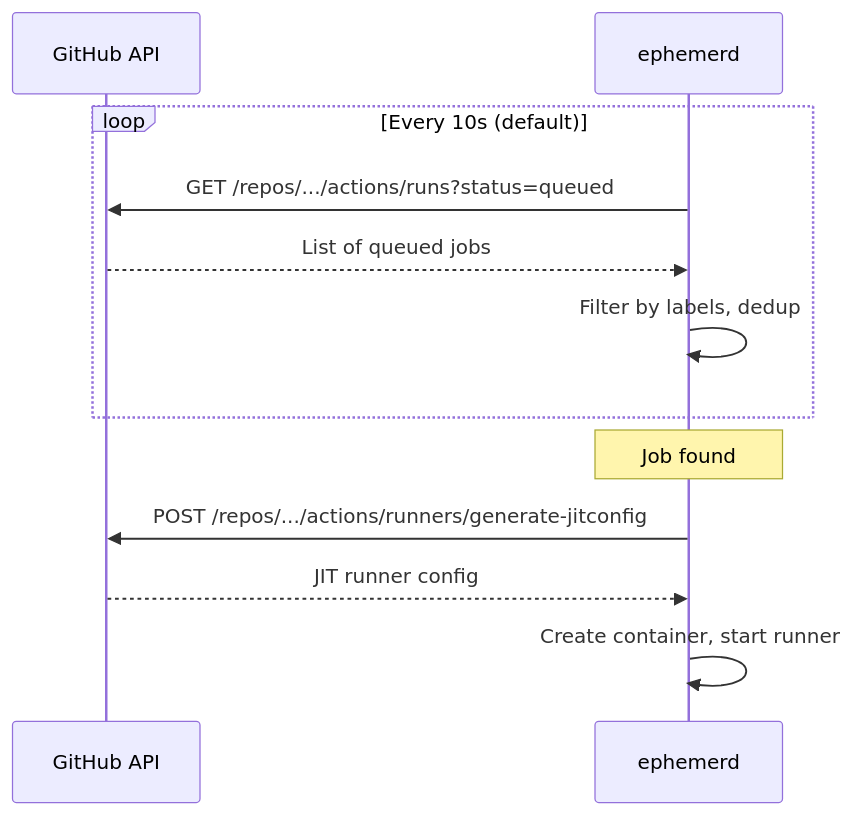
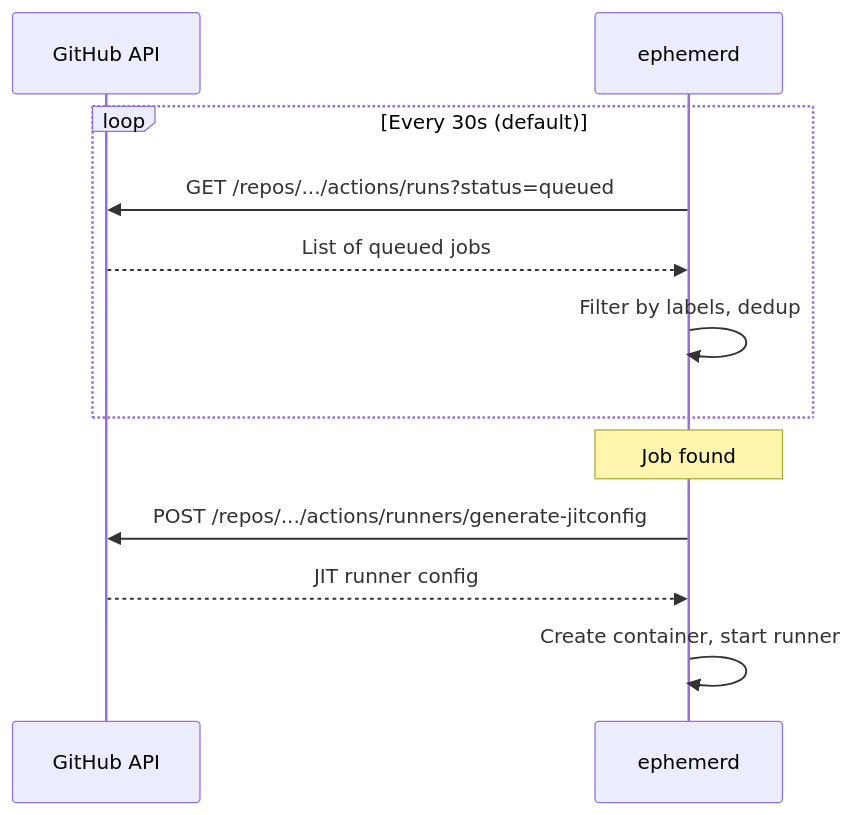
Before and after one commit to ephpm/ephemerd: the first of 2 diagrams in docs/guides/job-discovery.md, drawn with Mermaid. The commit also changed other lines of this file and 30 other files, not shown here.

````diff
--- a/docs/guides/job-discovery.md
+++ b/docs/guides/job-discovery.md
@@ -12,16 +12,16 @@
 ```mermaid
 sequenceDiagram
     participant GH as GitHub API
     participant E as ephemerd
 
-    loop Every 10s (default)
+    loop Every 30s (default)
         E->>GH: GET /repos/.../actions/runs?status=queued
         GH-->>E: List of queued jobs
         E->>E: Filter by labels, dedup
     end
 
     Note over E: Job found
     E->>GH: POST /repos/.../actions/runners/generate-jitconfig
     GH-->>E: JIT runner config
     E->>E: Create container, start runner
 ```
````
